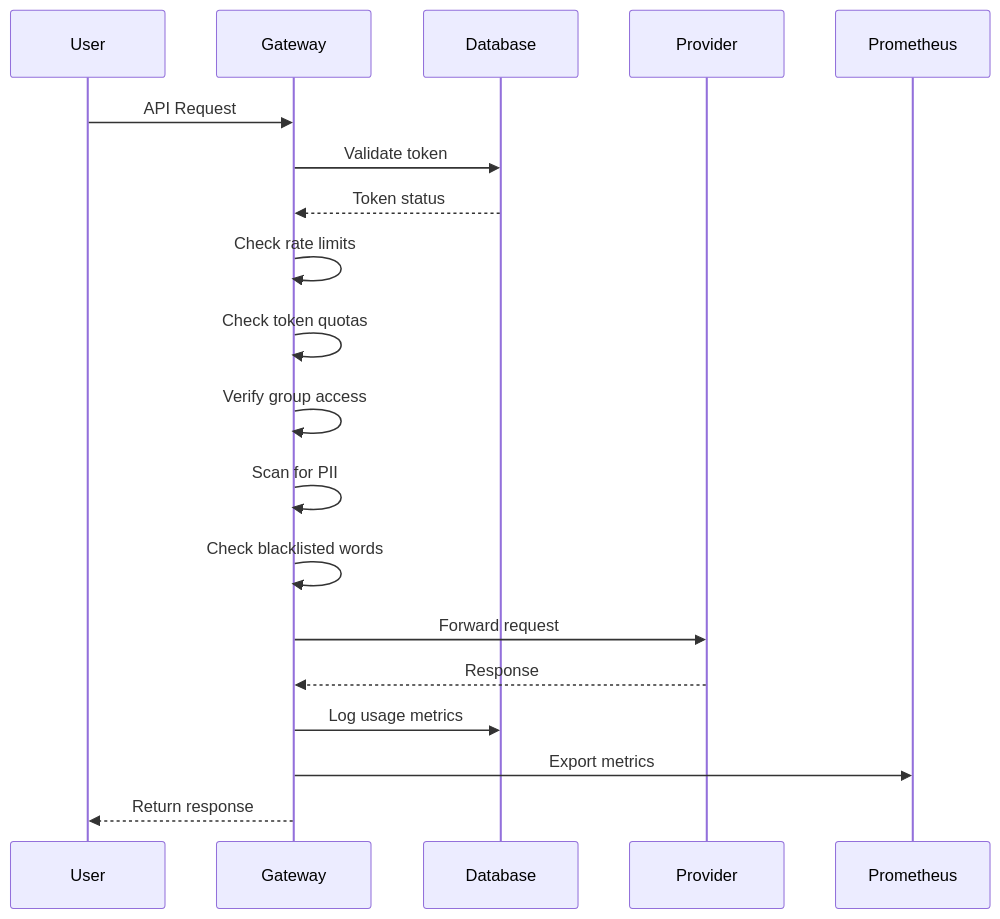
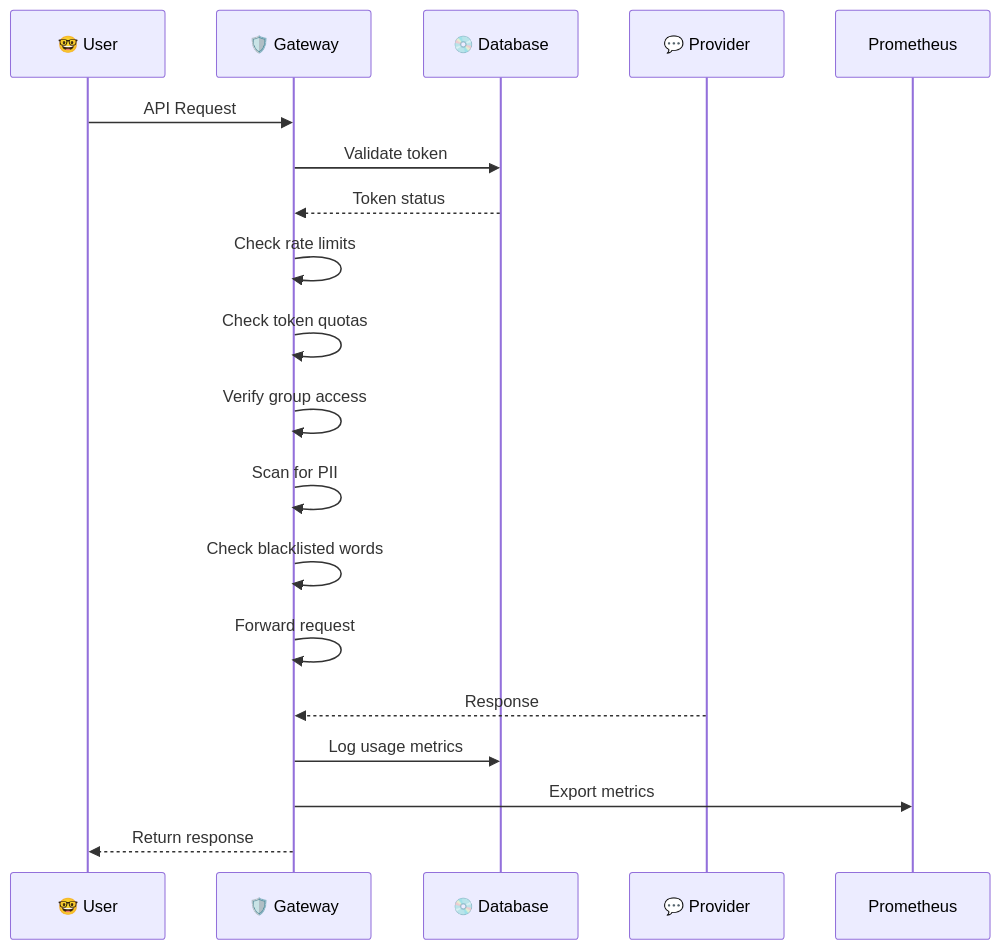
Before and after one commit to scampion/burgonet-gateway: the diagram in docs/technical.md, drawn with Mermaid. The commit also changed 13 other files, not shown here.

````diff
--- a/docs/technical.md
+++ b/docs/technical.md
@@ -25,21 +25,21 @@
 ```mermaid
 sequenceDiagram
-    participant User
-    participant Gateway
-    participant Database
-    participant Provider
+    participant 🤓 User
+    participant 🛡️ Gateway
+    participant 💿 Database
+    participant 💬 Provider
     
-    User->>Gateway: API Request
-    Gateway->>Database: Validate token
-    Database-->>Gateway: Token status
-    Gateway->>Gateway: Check rate limits
-    Gateway->>Gateway: Check token quotas
-    Gateway->>Gateway: Verify group access
-    Gateway->>Gateway: Scan for PII
-    Gateway->>Gateway: Check blacklisted words
-    Gateway->>Provider: Forward request
-    Provider-->>Gateway: Response
-    Gateway->>Database: Log usage metrics
-    Gateway->>Prometheus: Export metrics
-    Gateway-->>User: Return response
+    🤓 User->>🛡️ Gateway: API Request
+    🛡️ Gateway->>💿 Database: Validate token
+    💿 Database-->>🛡️ Gateway: Token status
+    🛡️ Gateway->>🛡️ Gateway: Check rate limits
+    🛡️ Gateway->>🛡️ Gateway: Check token quotas
+    🛡️ Gateway->>🛡️ Gateway: Verify group access
+    🛡️ Gateway->>🛡️ Gateway: Scan for PII
+    🛡️ Gateway->>🛡️ Gateway: Check blacklisted words
+    🛡️ Gateway->>🛡️ Gateway: Forward request
+    💬 Provider-->>🛡️ Gateway: Response
+    🛡️ Gateway->>💿 Database: Log usage metrics
+    🛡️ Gateway->>Prometheus: Export metrics
+    🛡️ Gateway-->>🤓 User: Return response
 ```
````
